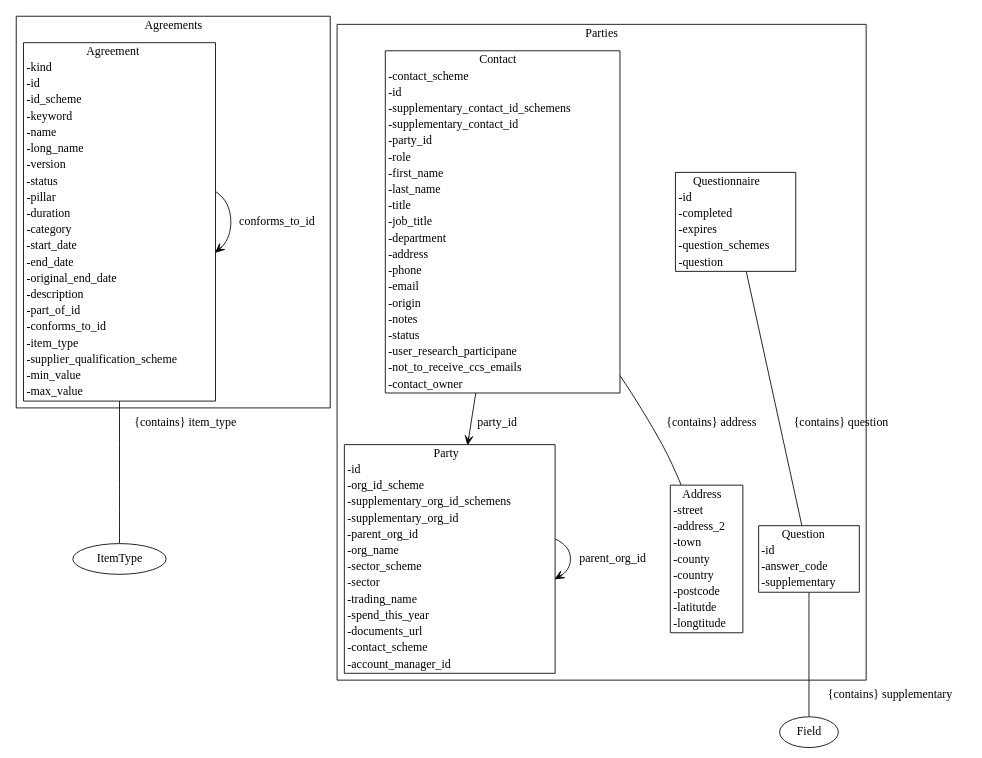
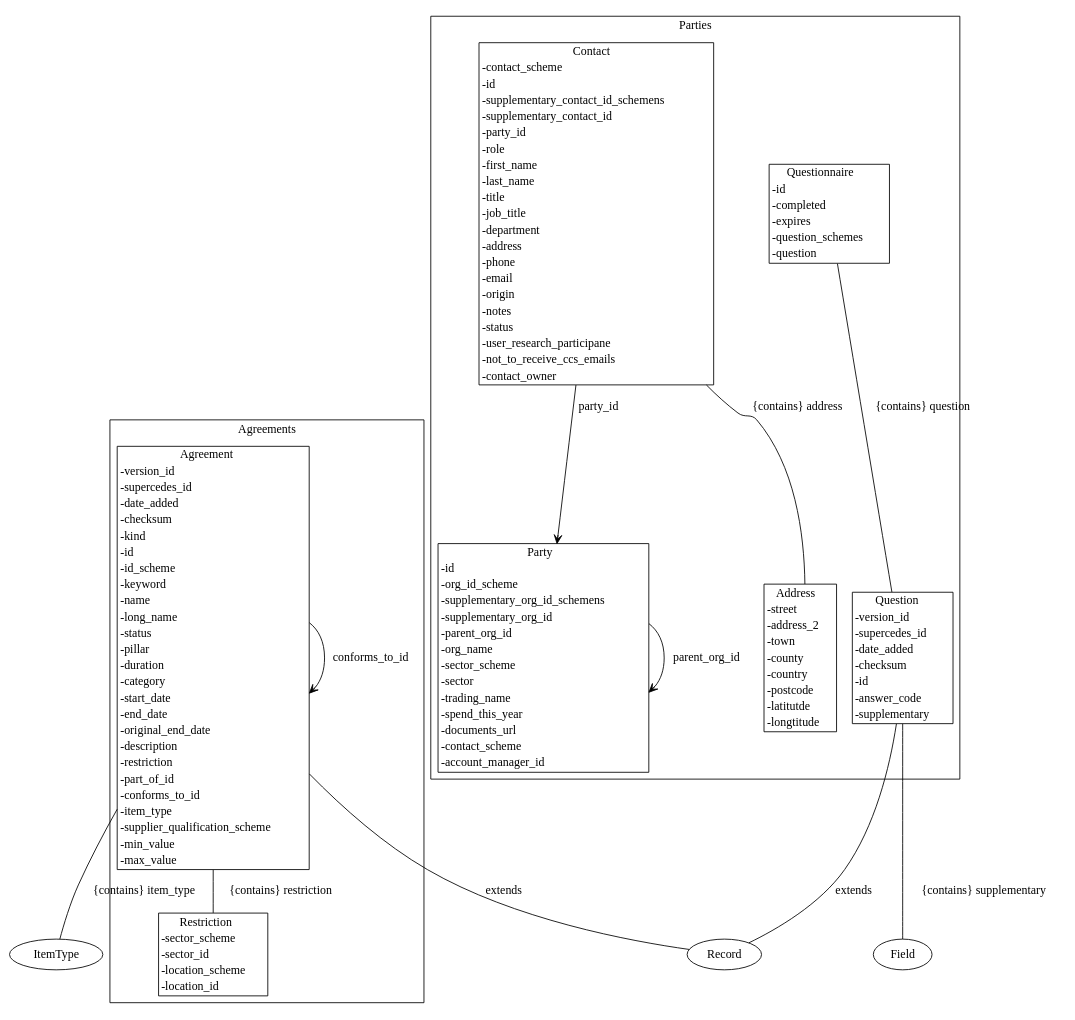
Before and after one commit to Crown-Commercial-Service/ccs-data-model: the diagram in gen/diagrams/metamodel.dot, drawn with Graphviz. The commit also changed 25 other files, not shown here.

First line of the commit message:
Add multiple type options for supplementary data

```diff
--- a/gen/diagrams/metamodel.dot
+++ b/gen/diagrams/metamodel.dot
@@ -1,24 +1,28 @@
 strict digraph {
 subgraph cluster_Agreements {
 node [shape=plaintext margin=0];
 label=Agreements;
-"Agreement" [label=<<table BORDER="1" CELLBORDER="0" CELLSPACING="0"><TH><TD>Agreement</TD></TH><TR><TD ALIGN="LEFT">-kind</TD></TR><TR><TD ALIGN="LEFT">-id</TD></TR><TR><TD ALIGN="LEFT">-id_scheme</TD></TR><TR><TD ALIGN="LEFT">-keyword</TD></TR><TR><TD ALIGN="LEFT">-name</TD></TR><TR><TD ALIGN="LEFT">-long_name</TD></TR><TR><TD ALIGN="LEFT">-version</TD></TR><TR><TD ALIGN="LEFT">-status</TD></TR><TR><TD ALIGN="LEFT">-pillar</TD></TR><TR><TD ALIGN="LEFT">-duration</TD></TR><TR><TD ALIGN="LEFT">-category</TD></TR><TR><TD ALIGN="LEFT">-start_date</TD></TR><TR><TD ALIGN="LEFT">-end_date</TD></TR><TR><TD ALIGN="LEFT">-original_end_date</TD></TR><TR><TD ALIGN="LEFT">-description</TD></TR><TR><TD ALIGN="LEFT">-part_of_id</TD></TR><TR><TD ALIGN="LEFT">-conforms_to_id</TD></TR><TR><TD ALIGN="LEFT">-item_type</TD></TR><TR><TD ALIGN="LEFT">-supplier_qualification_scheme</TD></TR><TR><TD ALIGN="LEFT">-min_value</TD></TR><TR><TD ALIGN="LEFT">-max_value</TD></TR></table>>];
+"Restriction" [label=<<table BORDER="1" CELLBORDER="0" CELLSPACING="0"><TH><TD>Restriction</TD></TH><TR><TD ALIGN="LEFT">-sector_scheme</TD></TR><TR><TD ALIGN="LEFT">-sector_id</TD></TR><TR><TD ALIGN="LEFT">-location_scheme</TD></TR><TR><TD ALIGN="LEFT">-location_id</TD></TR></table>>];
+"Agreement" [label=<<table BORDER="1" CELLBORDER="0" CELLSPACING="0"><TH><TD>Agreement</TD></TH><TR><TD ALIGN="LEFT">-version_id</TD></TR><TR><TD ALIGN="LEFT">-supercedes_id</TD></TR><TR><TD ALIGN="LEFT">-date_added</TD></TR><TR><TD ALIGN="LEFT">-checksum</TD></TR><TR><TD ALIGN="LEFT">-kind</TD></TR><TR><TD ALIGN="LEFT">-id</TD></TR><TR><TD ALIGN="LEFT">-id_scheme</TD></TR><TR><TD ALIGN="LEFT">-keyword</TD></TR><TR><TD ALIGN="LEFT">-name</TD></TR><TR><TD ALIGN="LEFT">-long_name</TD></TR><TR><TD ALIGN="LEFT">-status</TD></TR><TR><TD ALIGN="LEFT">-pillar</TD></TR><TR><TD ALIGN="LEFT">-duration</TD></TR><TR><TD ALIGN="LEFT">-category</TD></TR><TR><TD ALIGN="LEFT">-start_date</TD></TR><TR><TD ALIGN="LEFT">-end_date</TD></TR><TR><TD ALIGN="LEFT">-original_end_date</TD></TR><TR><TD ALIGN="LEFT">-description</TD></TR><TR><TD ALIGN="LEFT">-restriction</TD></TR><TR><TD ALIGN="LEFT">-part_of_id</TD></TR><TR><TD ALIGN="LEFT">-conforms_to_id</TD></TR><TR><TD ALIGN="LEFT">-item_type</TD></TR><TR><TD ALIGN="LEFT">-supplier_qualification_scheme</TD></TR><TR><TD ALIGN="LEFT">-min_value</TD></TR><TR><TD ALIGN="LEFT">-max_value</TD></TR></table>>];
 }
 subgraph cluster_Parties {
 node [shape=plaintext margin=0];
 label=Parties;
-"Question" [label=<<table BORDER="1" CELLBORDER="0" CELLSPACING="0"><TH><TD>Question</TD></TH><TR><TD ALIGN="LEFT">-id</TD></TR><TR><TD ALIGN="LEFT">-answer_code</TD></TR><TR><TD ALIGN="LEFT">-supplementary</TD></TR></table>>];
+"Question" [label=<<table BORDER="1" CELLBORDER="0" CELLSPACING="0"><TH><TD>Question</TD></TH><TR><TD ALIGN="LEFT">-version_id</TD></TR><TR><TD ALIGN="LEFT">-supercedes_id</TD></TR><TR><TD ALIGN="LEFT">-date_added</TD></TR><TR><TD ALIGN="LEFT">-checksum</TD></TR><TR><TD ALIGN="LEFT">-id</TD></TR><TR><TD ALIGN="LEFT">-answer_code</TD></TR><TR><TD ALIGN="LEFT">-supplementary</TD></TR></table>>];
 "Questionnaire" [label=<<table BORDER="1" CELLBORDER="0" CELLSPACING="0"><TH><TD>Questionnaire</TD></TH><TR><TD ALIGN="LEFT">-id</TD></TR><TR><TD ALIGN="LEFT">-completed</TD></TR><TR><TD ALIGN="LEFT">-expires</TD></TR><TR><TD ALIGN="LEFT">-question_schemes</TD></TR><TR><TD ALIGN="LEFT">-question</TD></TR></table>>];
 "Party" [label=<<table BORDER="1" CELLBORDER="0" CELLSPACING="0"><TH><TD>Party</TD></TH><TR><TD ALIGN="LEFT">-id</TD></TR><TR><TD ALIGN="LEFT">-org_id_scheme</TD></TR><TR><TD ALIGN="LEFT">-supplementary_org_id_schemens</TD></TR><TR><TD ALIGN="LEFT">-supplementary_org_id</TD></TR><TR><TD ALIGN="LEFT">-parent_org_id</TD></TR><TR><TD ALIGN="LEFT">-org_name</TD></TR><TR><TD ALIGN="LEFT">-sector_scheme</TD></TR><TR><TD ALIGN="LEFT">-sector</TD></TR><TR><TD ALIGN="LEFT">-trading_name</TD></TR><TR><TD ALIGN="LEFT">-spend_this_year</TD></TR><TR><TD ALIGN="LEFT">-documents_url</TD></TR><TR><TD ALIGN="LEFT">-contact_scheme</TD></TR><TR><TD ALIGN="LEFT">-account_manager_id</TD></TR></table>>];
 "Address" [label=<<table BORDER="1" CELLBORDER="0" CELLSPACING="0"><TH><TD>Address</TD></TH><TR><TD ALIGN="LEFT">-street</TD></TR><TR><TD ALIGN="LEFT">-address_2</TD></TR><TR><TD ALIGN="LEFT">-town</TD></TR><TR><TD ALIGN="LEFT">-county</TD></TR><TR><TD ALIGN="LEFT">-country</TD></TR><TR><TD ALIGN="LEFT">-postcode</TD></TR><TR><TD ALIGN="LEFT">-latitutde</TD></TR><TR><TD ALIGN="LEFT">-longtitude</TD></TR></table>>];
 "Contact" [label=<<table BORDER="1" CELLBORDER="0" CELLSPACING="0"><TH><TD>Contact</TD></TH><TR><TD ALIGN="LEFT">-contact_scheme</TD></TR><TR><TD ALIGN="LEFT">-id</TD></TR><TR><TD ALIGN="LEFT">-supplementary_contact_id_schemens</TD></TR><TR><TD ALIGN="LEFT">-supplementary_contact_id</TD></TR><TR><TD ALIGN="LEFT">-party_id</TD></TR><TR><TD ALIGN="LEFT">-role</TD></TR><TR><TD ALIGN="LEFT">-first_name</TD></TR><TR><TD ALIGN="LEFT">-last_name</TD></TR><TR><TD ALIGN="LEFT">-title</TD></TR><TR><TD ALIGN="LEFT">-job_title</TD></TR><TR><TD ALIGN="LEFT">-department</TD></TR><TR><TD ALIGN="LEFT">-address</TD></TR><TR><TD ALIGN="LEFT">-phone</TD></TR><TR><TD ALIGN="LEFT">-email</TD></TR><TR><TD ALIGN="LEFT">-origin</TD></TR><TR><TD ALIGN="LEFT">-notes</TD></TR><TR><TD ALIGN="LEFT">-status</TD></TR><TR><TD ALIGN="LEFT">-user_research_participane</TD></TR><TR><TD ALIGN="LEFT">-not_to_receive_ccs_emails</TD></TR><TR><TD ALIGN="LEFT">-contact_owner</TD></TR></table>>];
 }
+"Agreement" -> "Record" [label="extends" arrowhead = "none" arrowtail = "normal" ];
+"Agreement" -> "Restriction" [label="{contains} restriction" arrowhead = "none" arrowtail = "diamond" ];
 "Agreement" -> "Agreement" [label="part_of_id" arrowhead = "open" arrowtail = "none" ];
 "Agreement" -> "Agreement" [label="conforms_to_id" arrowhead = "open" arrowtail = "none" ];
 "Agreement" -> "ItemType" [label="{contains} item_type" arrowhead = "none" arrowtail = "diamond" ];
+"Question" -> "Record" [label="extends" arrowhead = "none" arrowtail = "normal" ];
 "Question" -> "Field" [label="{contains} supplementary" arrowhead = "none" arrowtail = "diamond" ];
 "Questionnaire" -> "Question" [label="{contains} question" arrowhead = "none" arrowtail = "diamond" ];
 "Party" -> "Party" [label="parent_org_id" arrowhead = "open" arrowtail = "none" ];
 "Contact" -> "Party" [label="party_id" arrowhead = "open" arrowtail = "none" ];
 "Contact" -> "Address" [label="{contains} address" arrowhead = "none" arrowtail = "diamond" ];
 }
```
